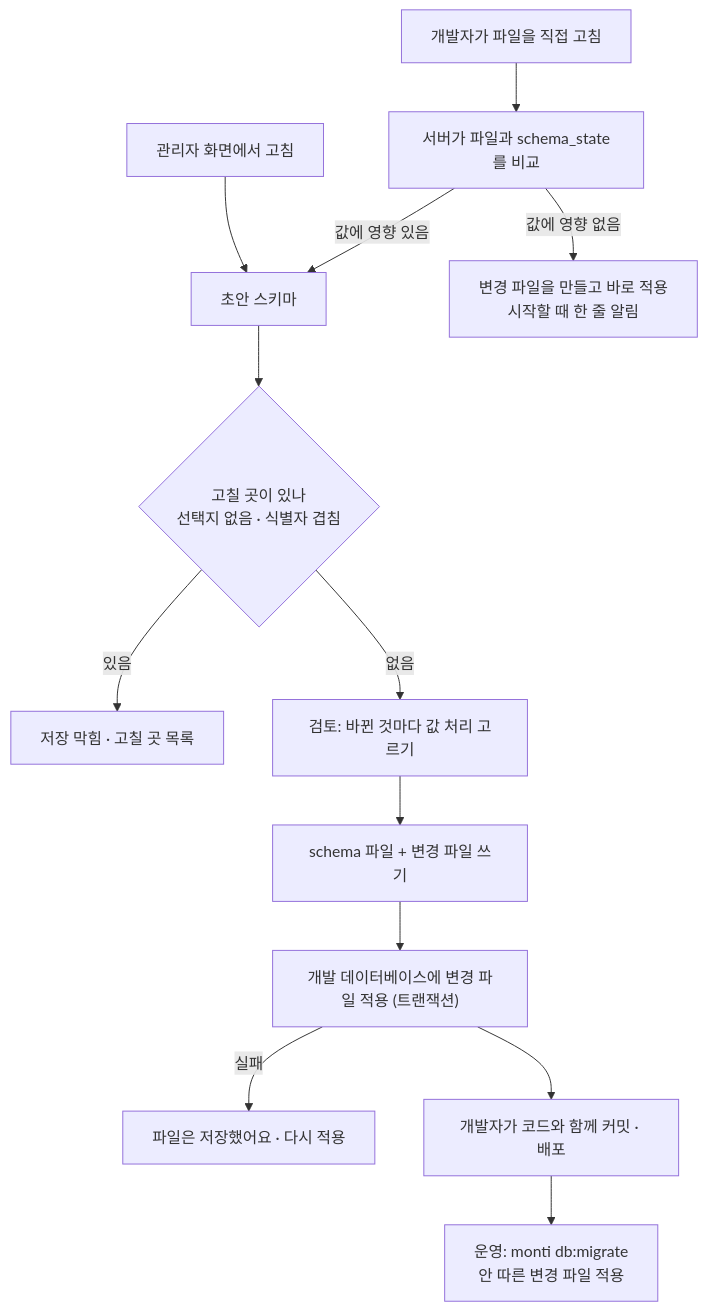
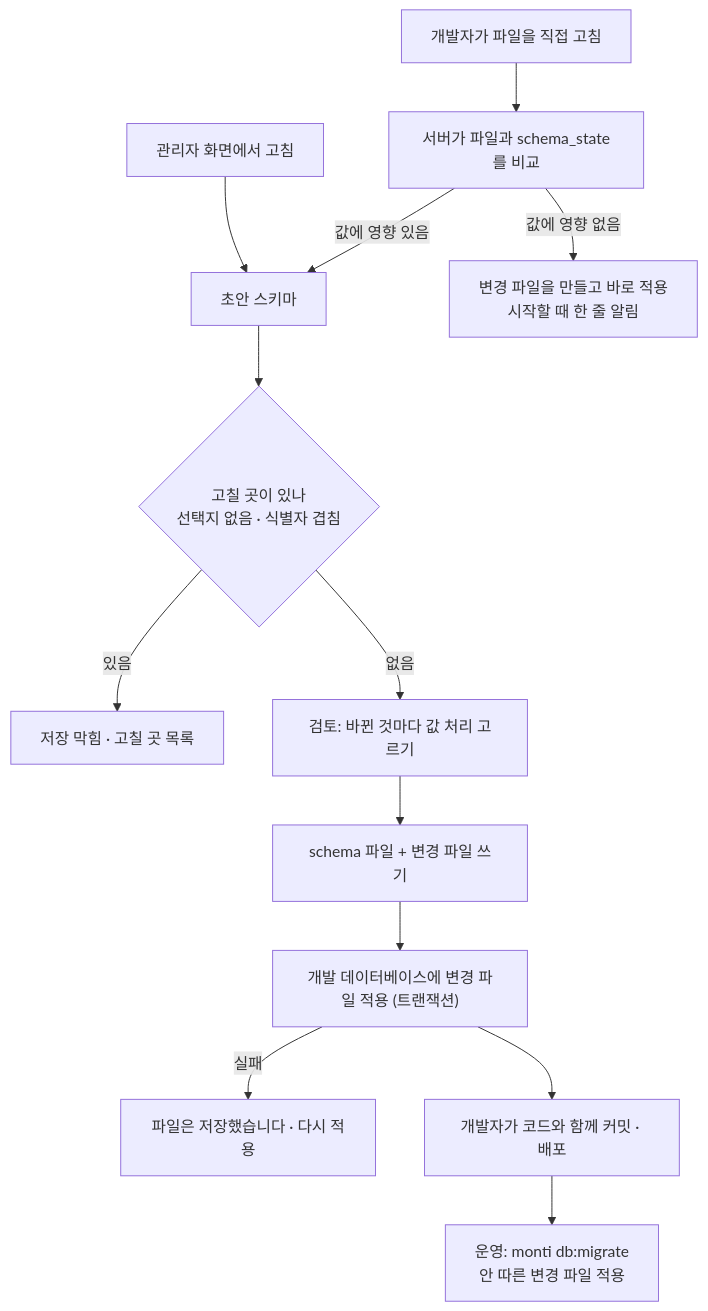
One commit to monti-cms/monti changed the fourth of 4 diagrams in docs/design/features/01-content-structure.md. Above: the diagram before and after it, drawn with Mermaid. The commit also changed other lines of this file and 63 other files, not shown here.

````diff
--- a/docs/design/features/01-content-structure.md
+++ b/docs/design/features/01-content-structure.md
@@ -219,15 +219,15 @@
 ```mermaid
 flowchart TD
   A["관리자 화면에서 고침"] --> P["초안 스키마"]
   H["개발자가 파일을 직접 고침"] --> D["서버가 파일과 schema_state를 비교"]
   D -->|값에 영향 없음| AUTO["변경 파일을 만들고 바로 적용<br/>시작할 때 한 줄 알림"]
   D -->|값에 영향 있음| P
   P --> CHK{"고칠 곳이 있나<br/>선택지 없음 · 식별자 겹침"}
   CHK -->|있음| BLOCK["저장 막힘 · 고칠 곳 목록"]
   CHK -->|없음| R["검토: 바뀐 것마다 값 처리 고르기"]
   R --> W["schema 파일 + 변경 파일 쓰기"]
   W --> X["개발 데이터베이스에 변경 파일 적용 (트랜잭션)"]
-  X -->|실패| FAIL["파일은 저장했어요 · 다시 적용"]
+  X -->|실패| FAIL["파일은 저장했습니다 · 다시 적용"]
   X --> GIT["개발자가 코드와 함께 커밋 · 배포"]
   GIT --> DEP["운영: monti db:migrate<br/>안 따른 변경 파일 적용"]
 ```
````
